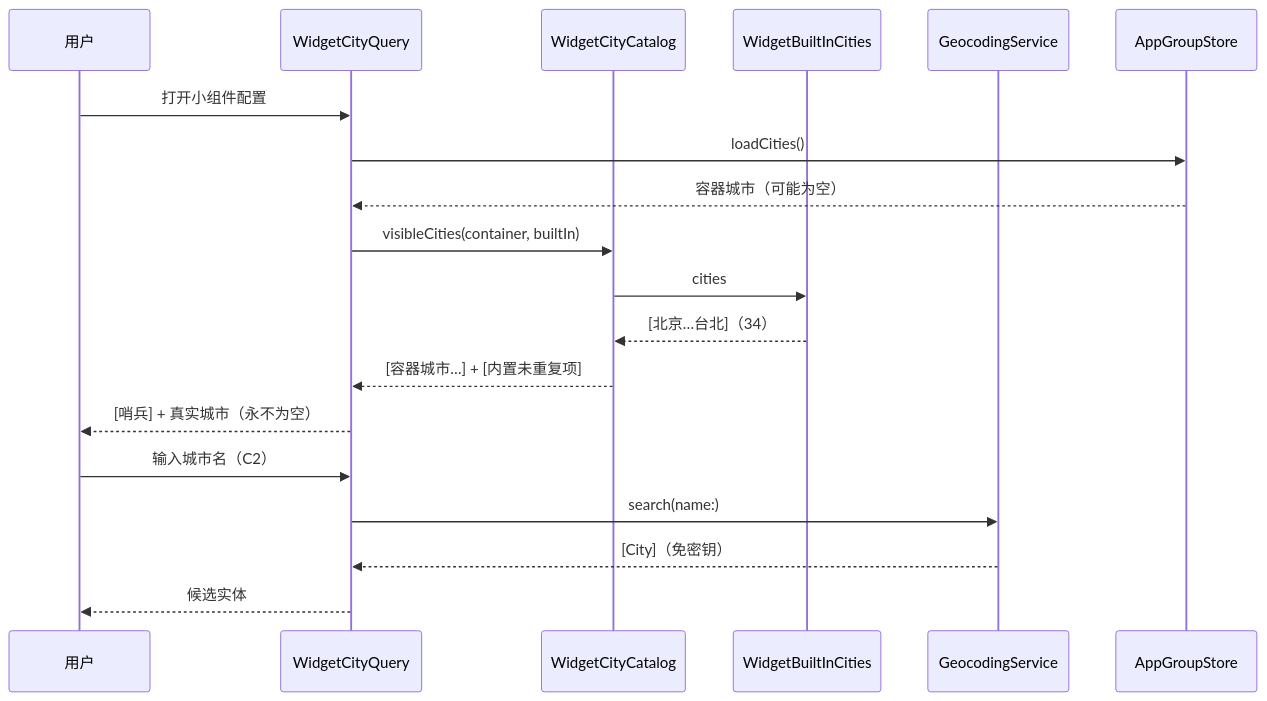
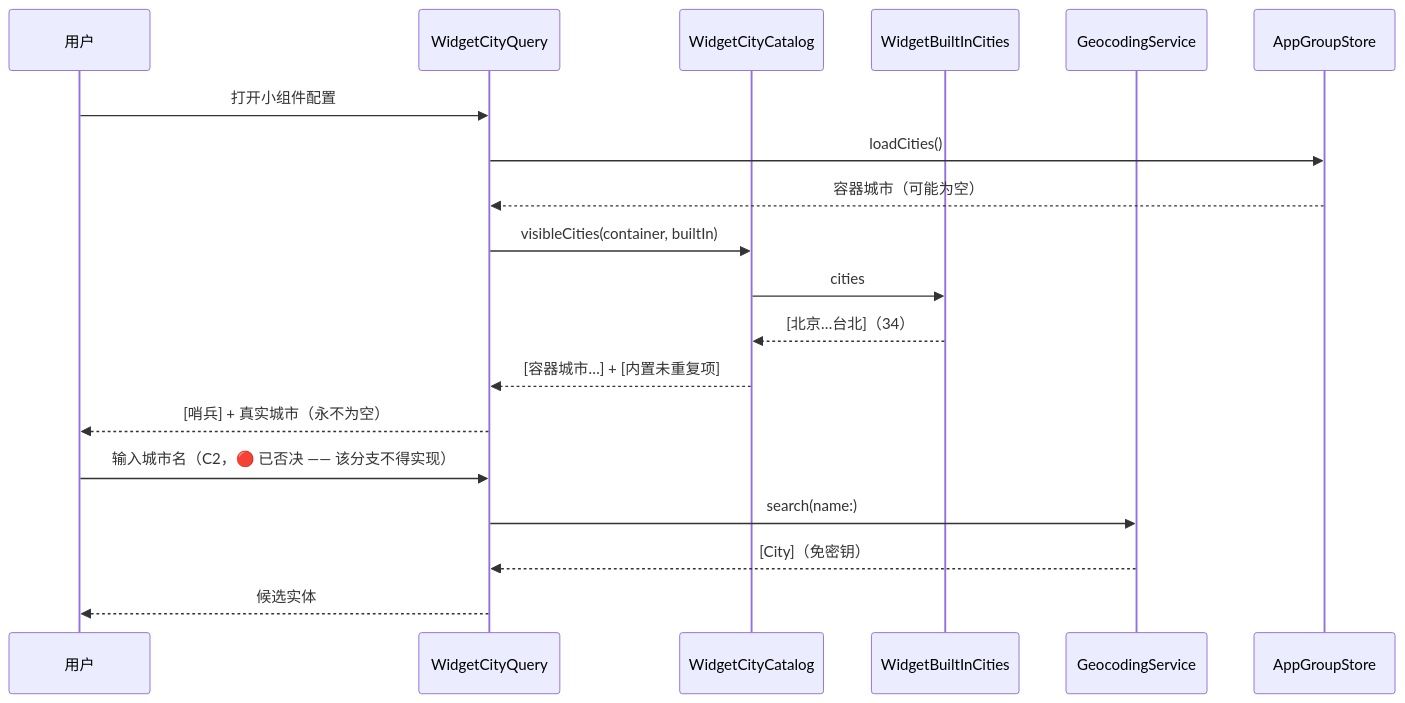
The fourth of 5 diagrams in docs/handover/ARCH-zhisheng-ios-widget-selfsufficiency.md (woyaoxingfua/ZhishengWeather), drawn with Mermaid before and after one commit. The commit also changed other lines of this file, not shown here.

````diff
--- a/docs/handover/ARCH-zhisheng-ios-widget-selfsufficiency.md
+++ b/docs/handover/ARCH-zhisheng-ios-widget-selfsufficiency.md
@@ -1119,22 +1177,22 @@
 ```mermaid
 sequenceDiagram
     participant U as 用户
     participant Q as WidgetCityQuery
     participant Cat as WidgetCityCatalog
     participant B as WidgetBuiltInCities
     participant G as GeocodingService
     participant S as AppGroupStore
 
     U->>Q: 打开小组件配置
     Q->>S: loadCities()
     S-->>Q: 容器城市（可能为空）
     Q->>Cat: visibleCities(container, builtIn)
     Cat->>B: cities
     B-->>Cat: [北京…台北]（34）
     Cat-->>Q: [容器城市…] + [内置未重复项]
     Q-->>U: [哨兵] + 真实城市（永不为空）
-    U->>Q: 输入城市名（C2）
+    U->>Q: 输入城市名（C2，🔴 已否决 —— 该分支不得实现）
     Q->>G: search(name:)
     G-->>Q: [City]（免密钥）
     Q-->>U: 候选实体
 ```
````
